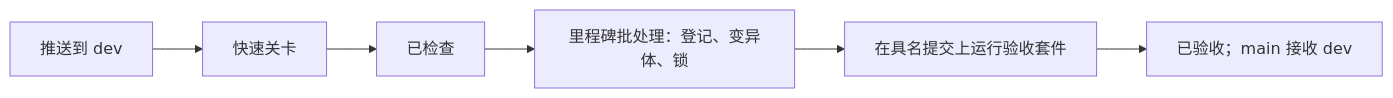
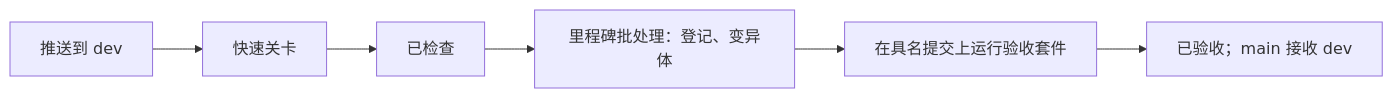
One commit to cla7aye15I4nd/zlib-f changed the diagram in docs/checking/README.zh.md. Above: the diagram before and after it, drawn with Mermaid. The commit also changed other lines of this file and 24 other files, not shown here.

````diff
--- a/docs/checking/README.zh.md
+++ b/docs/checking/README.zh.md
@@ -20,8 +20,8 @@
 ```mermaid
 flowchart LR
     P["推送到 dev"] --> G["快速关卡"]
     G --> C["已检查"]
-    C --> M["里程碑批处理：登记、变异体、锁"]
+    C --> M["里程碑批处理：登记、变异体"]
     M --> A["在具名提交上运行验收套件"]
     A --> R["已验收；main 接收 dev"]
 ```
````
